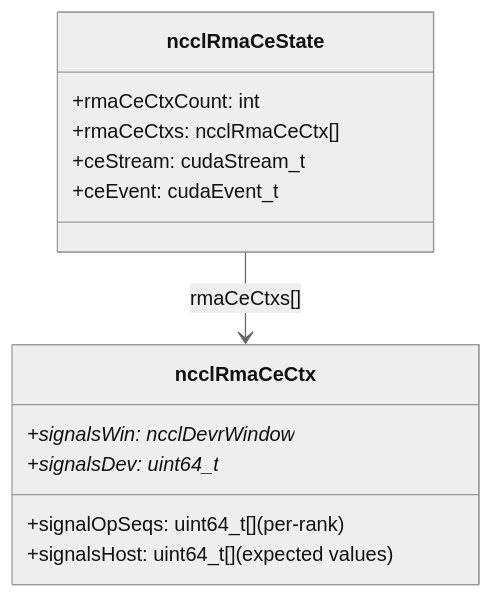
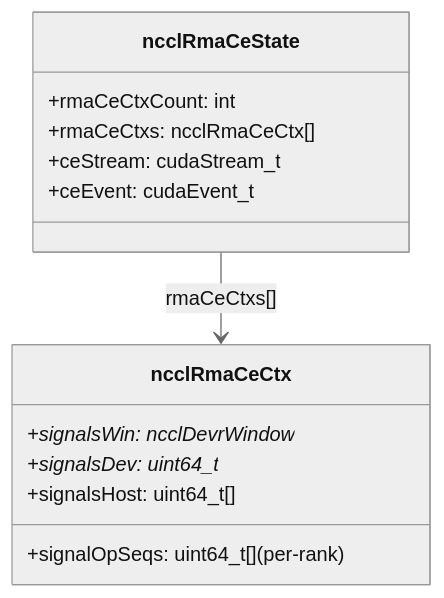
One commit to s0okiym/share changed the third of 13 diagrams in dd_nccl_glm5.1/11-rma.md. Above: the diagram before and after it, drawn with Mermaid (neutral theme). The commit also changed other lines of this file and 19 other files, not shown here.

````diff
--- a/dd_nccl_glm5.1/11-rma.md
+++ b/dd_nccl_glm5.1/11-rma.md
@@ -49,18 +61,18 @@
 ```mermaid
 classDiagram
     class ncclRmaCeCtx {
         +signalOpSeqs: uint64_t[] (per-rank)
         +signalsWin: ncclDevrWindow*
         +signalsDev: uint64_t*
-        +signalsHost: uint64_t[] (expected values)
+        +signalsHost: uint64_t[]
     }
 
     class ncclRmaCeState {
         +rmaCeCtxCount: int
         +rmaCeCtxs: ncclRmaCeCtx[]
         +ceStream: cudaStream_t
         +ceEvent: cudaEvent_t
     }
 
     ncclRmaCeState --> ncclRmaCeCtx : rmaCeCtxs[]
 ```
````
